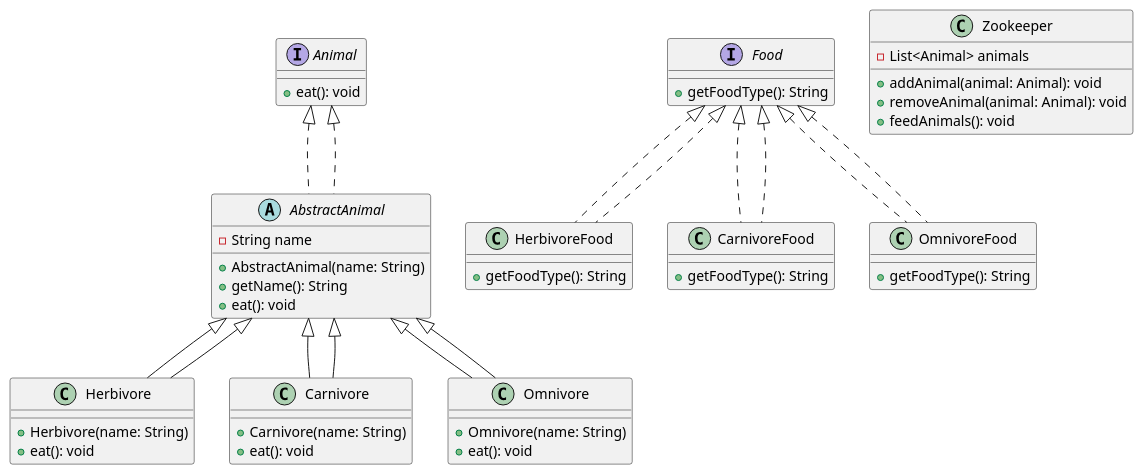
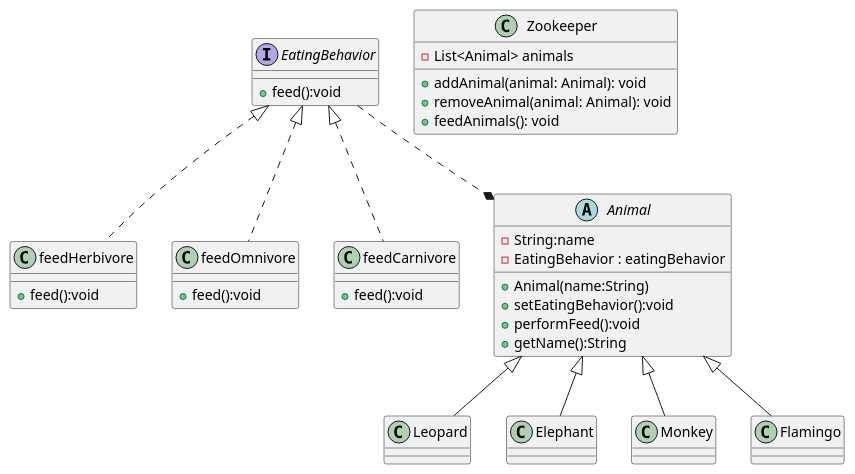
The diagram in designs/systems/zooManagment/zoo.puml (TSaavaMate/designPrincipes), drawn with PlantUML before and after one commit. The commit also changed 26 other files, not shown here.

```diff
--- a/designs/systems/zooManagment/zoo.puml
+++ b/designs/systems/zooManagment/zoo.puml
@@ -1,60 +1,47 @@
 @startuml
 
-interface Animal {
-  + eat(): void
+interface EatingBehavior{
+    +feed():void
 }
 
-abstract class AbstractAnimal implements Animal {
-  - String name
-  + AbstractAnimal(name: String)
-  + getName(): String
-  + eat(): void
+class feedHerbivore implements EatingBehavior{
+    +feed():void
+}
+class feedOmnivore implements EatingBehavior{
+    +feed():void
+}
+class feedCarnivore implements EatingBehavior{
+    +feed():void
 }
 
-interface Food {
-  + getFoodType(): String
+abstract class Animal{
+    -String:name
+    -EatingBehavior : eatingBehavior
+    +Animal(name:String)
+    +setEatingBehavior():void
+    +performFeed():void
+    +getName():String
 }
 
-class HerbivoreFood implements Food {
-  + getFoodType(): String
-}
+class Leopard extends Animal{}
+class Elephant extends Animal{}
+class Monkey extends Animal{}
+class Flamingo extends Animal{}
 
-class CarnivoreFood implements Food {
-  + getFoodType(): String
-}
-
-class OmnivoreFood implements Food {
-  + getFoodType(): String
-}
-
-class Herbivore extends AbstractAnimal {
-  + Herbivore(name: String)
-  + eat(): void
-}
-
-class Carnivore extends AbstractAnimal {
-  + Carnivore(name: String)
-  + eat(): void
-}
-
-class Omnivore extends AbstractAnimal {
-  + Omnivore(name: String)
-  + eat(): void
-}
 
 class Zookeeper {
   - List<Animal> animals
   + addAnimal(animal: Animal): void
   + removeAnimal(animal: Animal): void
   + feedAnimals(): void
 }
 
-Animal <|.. AbstractAnimal
-Food <|.. HerbivoreFood
-Food <|.. CarnivoreFood
-Food <|.. OmnivoreFood
-AbstractAnimal <|-- Herbivore
-AbstractAnimal <|-- Carnivore
-AbstractAnimal <|-- Omnivore
+EatingBehavior ..* Animal
+
+
+
+
+
+
 
 @enduml
```
